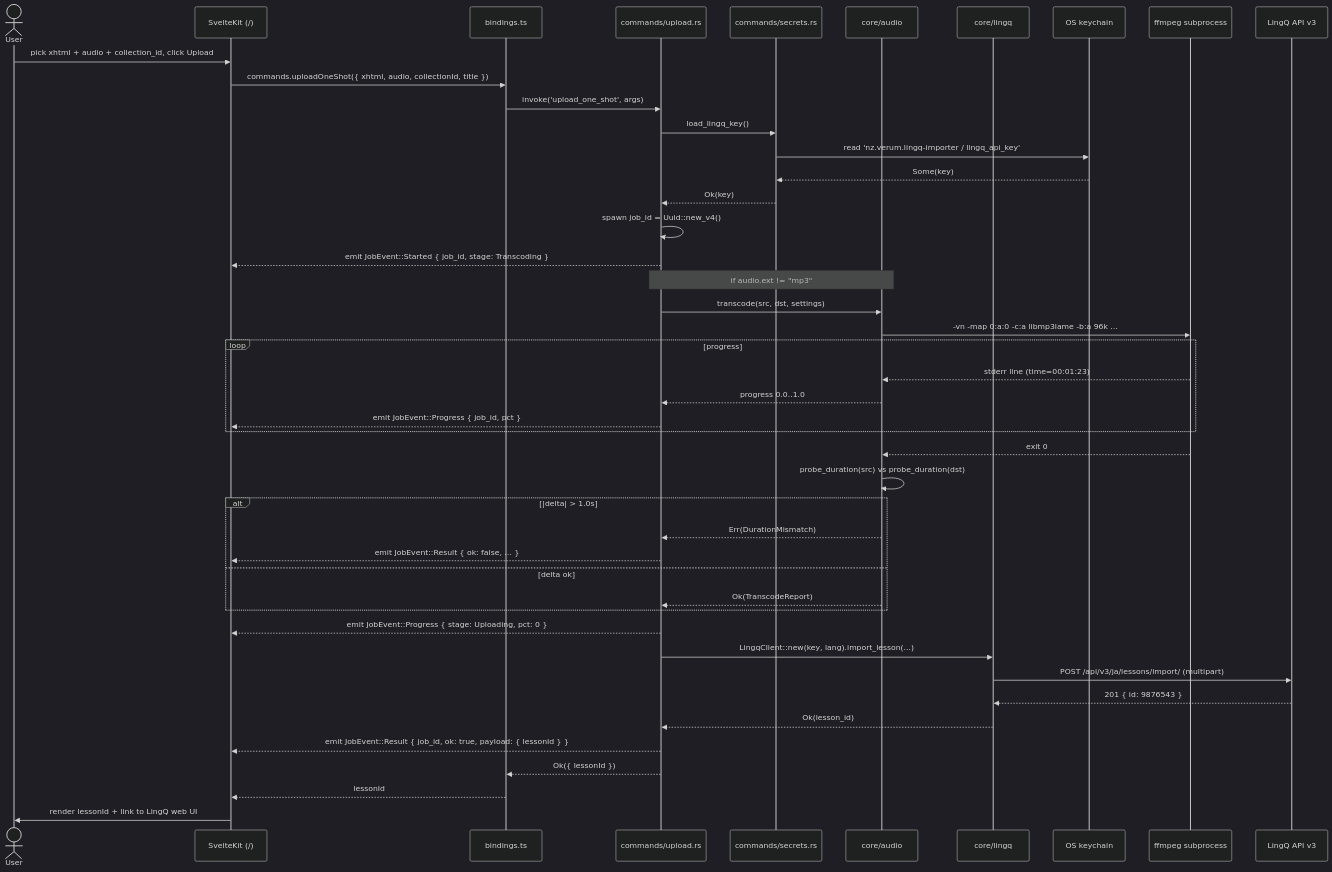
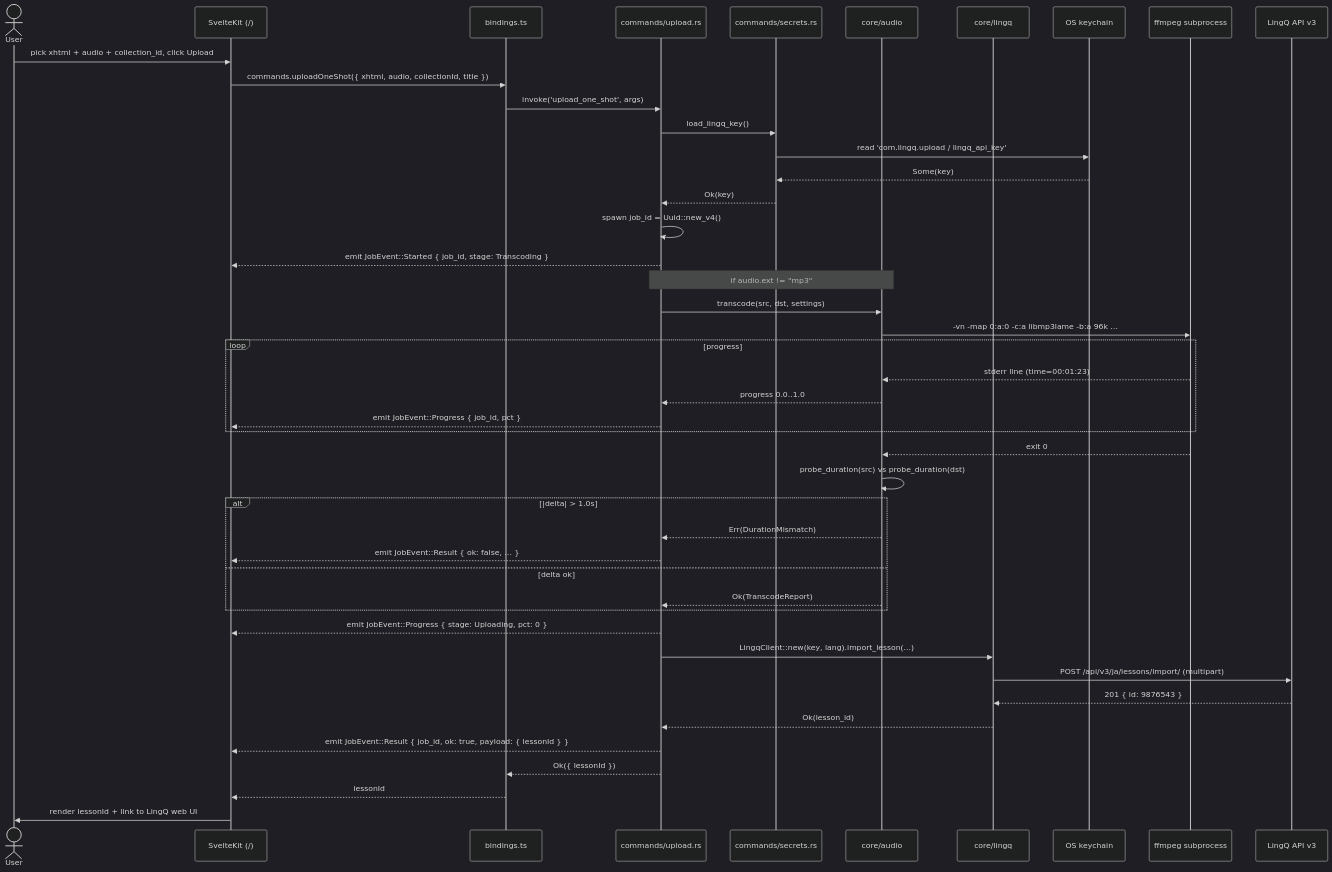
Before and after one commit to dmty/lingq-upload: the diagram in docs/architecture/diagrams/import-flow.md, drawn with Mermaid (dark theme). The commit also changed 2 other files, not shown here.

Commit message:
fix: keychain service id matches tauri bundle

````diff
--- a/docs/architecture/diagrams/import-flow.md
+++ b/docs/architecture/diagrams/import-flow.md
@@ -5,53 +5,53 @@
 ```mermaid
 sequenceDiagram
   actor User
   participant UI as SvelteKit (/)
   participant IPC as bindings.ts
   participant CmdUp as commands/upload.rs
   participant Sec as commands/secrets.rs
   participant Audio as core/audio
   participant Lingq as core/lingq
   participant Keychain as OS keychain
   participant Ffmpeg as ffmpeg subprocess
   participant LingqAPI as LingQ API v3
 
   User->>UI: pick xhtml + audio + collection_id, click Upload
   UI->>IPC: commands.uploadOneShot({ xhtml, audio, collectionId, title })
   IPC->>CmdUp: invoke('upload_one_shot', args)
 
   CmdUp->>Sec: load_lingq_key()
-  Sec->>Keychain: read 'nz.verum.lingq-importer / lingq_api_key'
+  Sec->>Keychain: read 'com.lingq.upload / lingq_api_key'
   Keychain-->>Sec: Some(key)
   Sec-->>CmdUp: Ok(key)
 
   CmdUp->>CmdUp: spawn job_id = Uuid::new_v4()
   CmdUp-->>UI: emit JobEvent::Started { job_id, stage: Transcoding }
 
   Note over CmdUp,Audio: if audio.ext != "mp3"
   CmdUp->>Audio: transcode(src, dst, settings)
   Audio->>Ffmpeg: -vn -map 0:a:0 -c:a libmp3lame -b:a 96k …
   loop progress
     Ffmpeg-->>Audio: stderr line (time=00:01:23)
     Audio-->>CmdUp: progress 0.0..1.0
     CmdUp-->>UI: emit JobEvent::Progress { job_id, pct }
   end
   Ffmpeg-->>Audio: exit 0
   Audio->>Audio: probe_duration(src) vs probe_duration(dst)
   alt |delta| > 1.0s
     Audio-->>CmdUp: Err(DurationMismatch)
     CmdUp-->>UI: emit JobEvent::Result { ok: false, … }
   else delta ok
     Audio-->>CmdUp: Ok(TranscodeReport)
   end
 
   CmdUp-->>UI: emit JobEvent::Progress { stage: Uploading, pct: 0 }
   CmdUp->>Lingq: LingqClient::new(key, lang).import_lesson(...)
   Lingq->>LingqAPI: POST /api/v3/ja/lessons/import/ (multipart)
   LingqAPI-->>Lingq: 201 { id: 9876543 }
   Lingq-->>CmdUp: Ok(lesson_id)
 
   CmdUp-->>UI: emit JobEvent::Result { job_id, ok: true, payload: { lessonId } }
   CmdUp-->>IPC: Ok({ lessonId })
   IPC-->>UI: lessonId
   UI->>User: render lessonId + link to LingQ web UI
 ```
````
